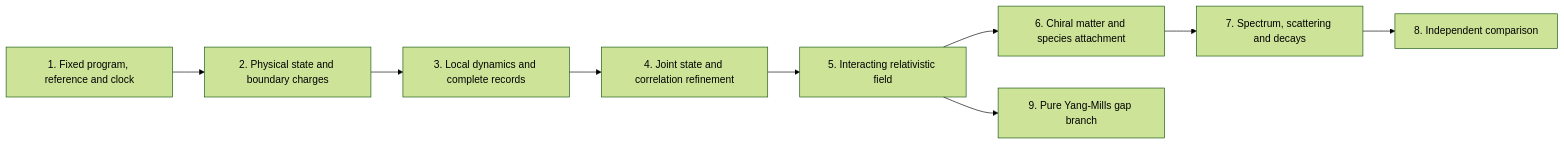
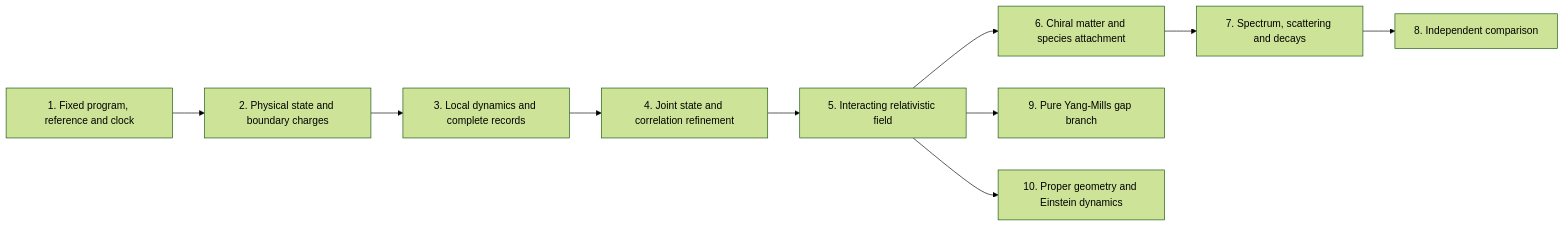
One commit to FloatingPragma/observer-patch-holography changed the diagram in model/particle_joint_reconstruction/DEPENDENCIES.md. Above: the diagram before and after it, drawn with Mermaid (forest theme). The commit also changed other lines of this file and 56 other files, not shown here.

````diff
--- a/model/particle_joint_reconstruction/DEPENDENCIES.md
+++ b/model/particle_joint_reconstruction/DEPENDENCIES.md
@@ -19,11 +20,12 @@
 ```mermaid
 flowchart LR
     A[1. Fixed program, reference and clock] --> B[2. Physical state and boundary charges]
     B --> C[3. Local dynamics and complete records]
     C --> D[4. Joint state and correlation refinement]
     D --> E[5. Interacting relativistic field]
     E --> F[6. Chiral matter and species attachment]
     F --> G[7. Spectrum, scattering and decays]
     G --> H[8. Independent comparison]
     E --> Y[9. Pure Yang-Mills gap branch]
+    E --> R[10. Proper geometry and Einstein dynamics]
 ```
````
